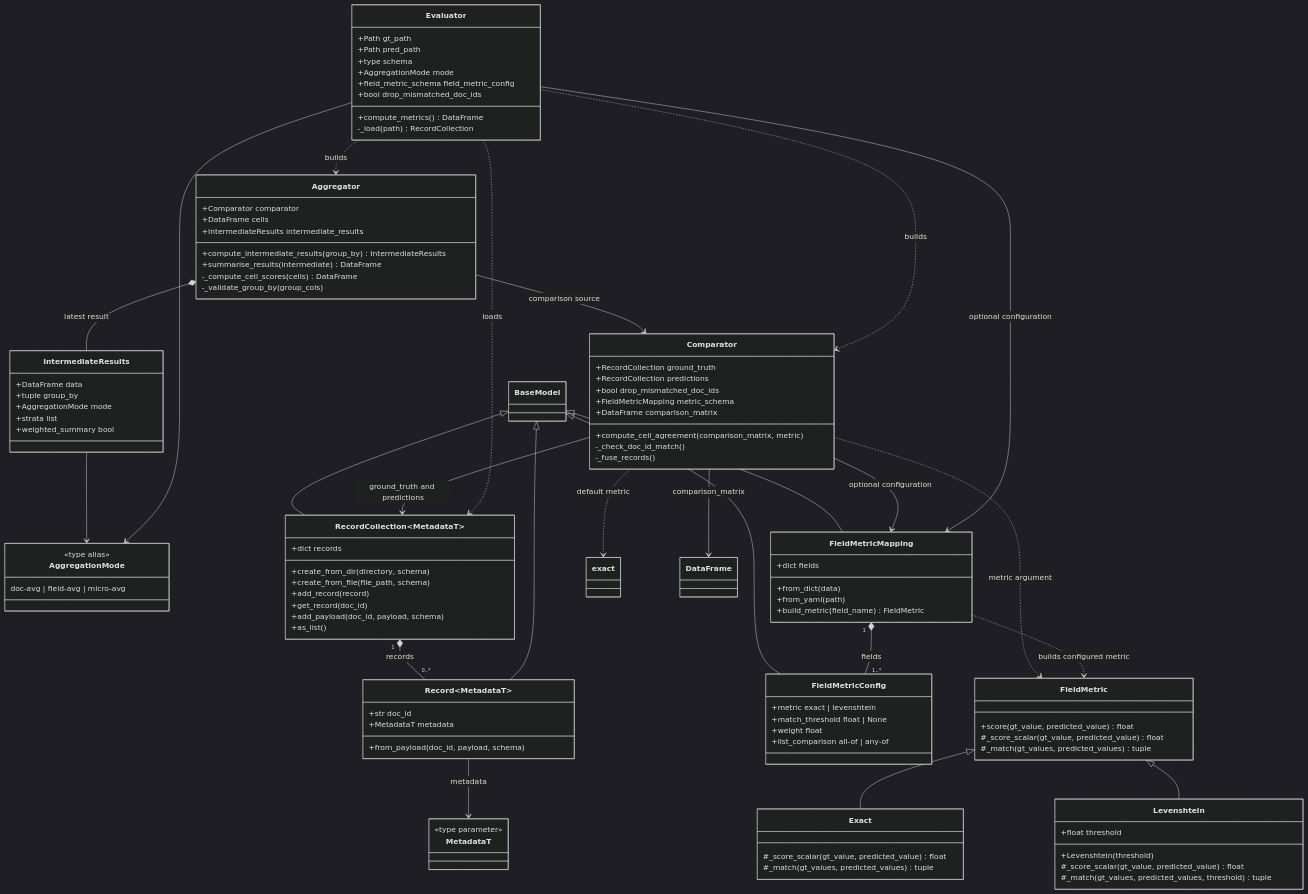
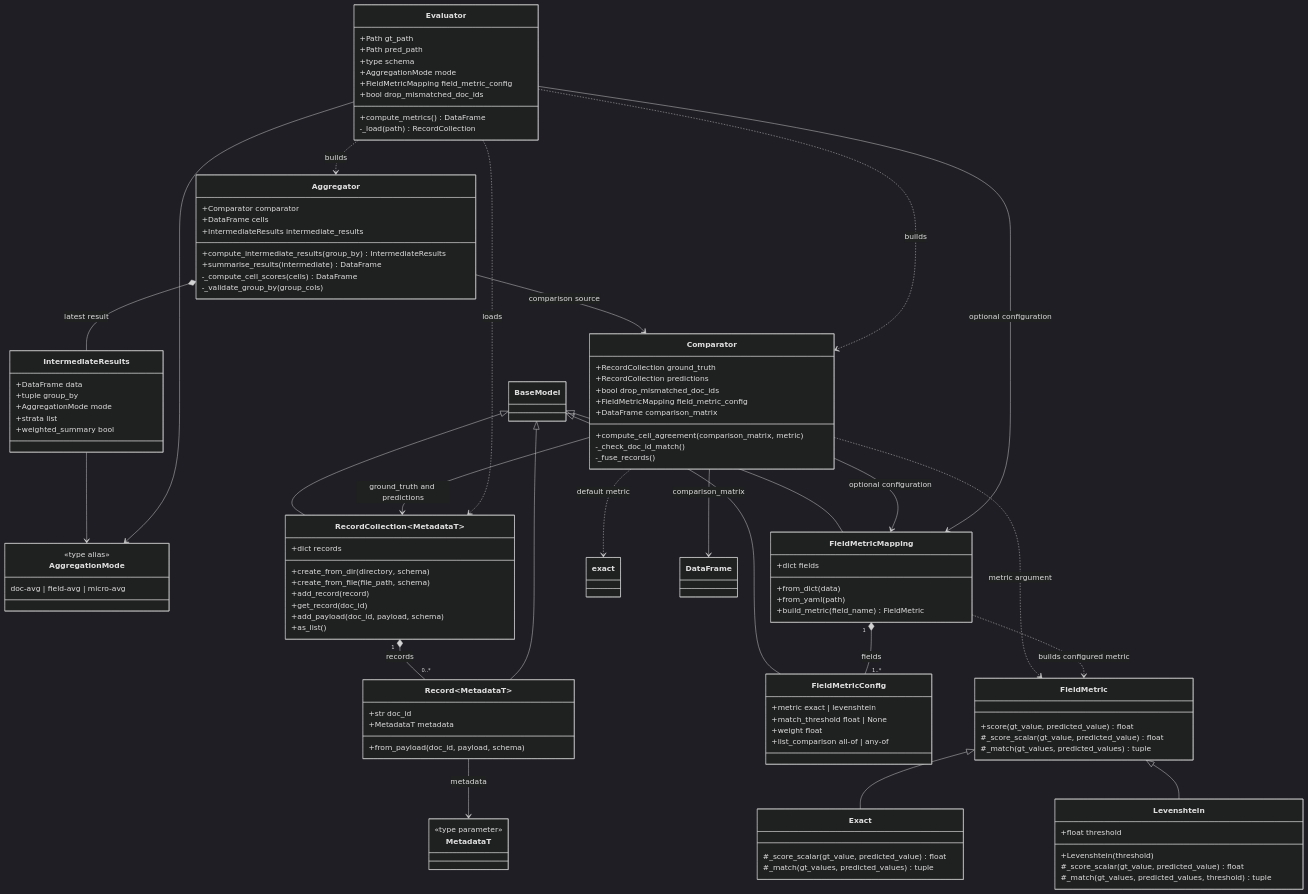
Before and after one commit to deutsche-nationalbibliothek/bibraeval: the diagram in docs/guides/architecture.md, drawn with Mermaid (dark theme).

Commit message:
fix: replace old class name field_metric_schema with FieldMetricMapping in architecture.md

```diff
--- a/docs/guides/architecture.md
+++ b/docs/guides/architecture.md
@@ -33,7 +33,7 @@
         +RecordCollection ground_truth
         +RecordCollection predictions
         +bool drop_mismatched_doc_ids
-        +FieldMetricMapping metric_schema
+        +FieldMetricMapping field_metric_config
         +DataFrame comparison_matrix
         +compute_cell_agreement(comparison_matrix, metric)
         -_check_doc_id_match()
@@ -55,7 +55,7 @@
         +Path pred_path
         +type schema
         +AggregationMode mode
-        +field_metric_schema field_metric_config
+        +FieldMetricMapping field_metric_config
         +bool drop_mismatched_doc_ids
         +compute_metrics() DataFrame
         -_load(path) RecordCollection
```
